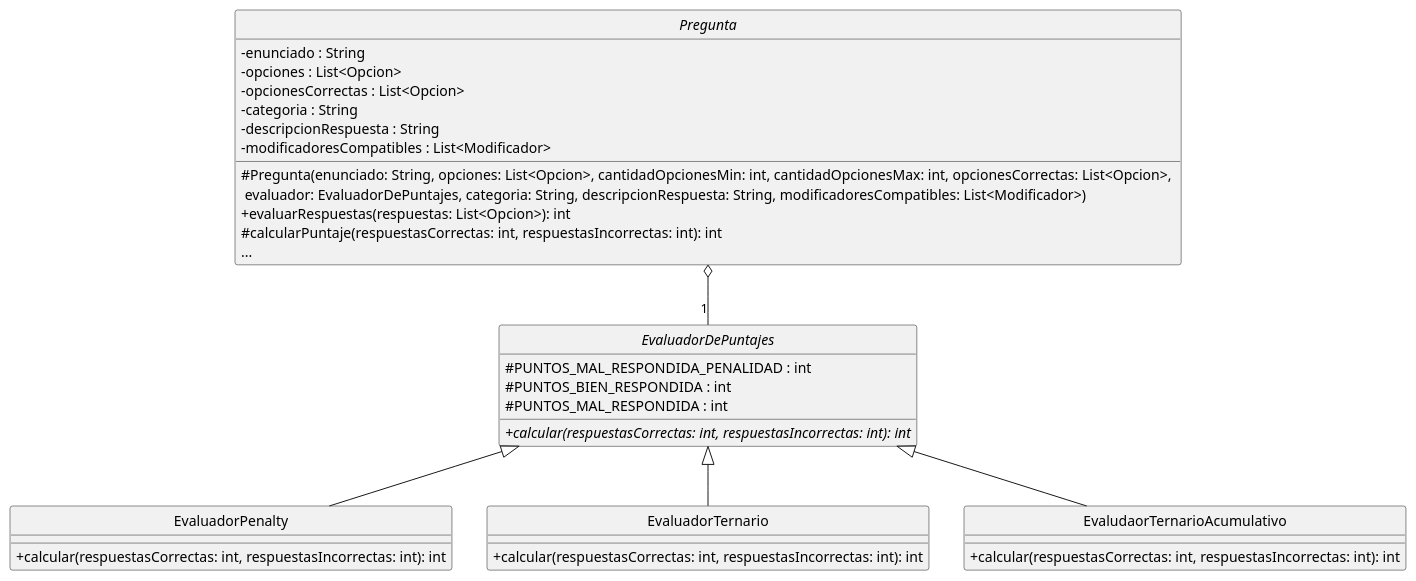
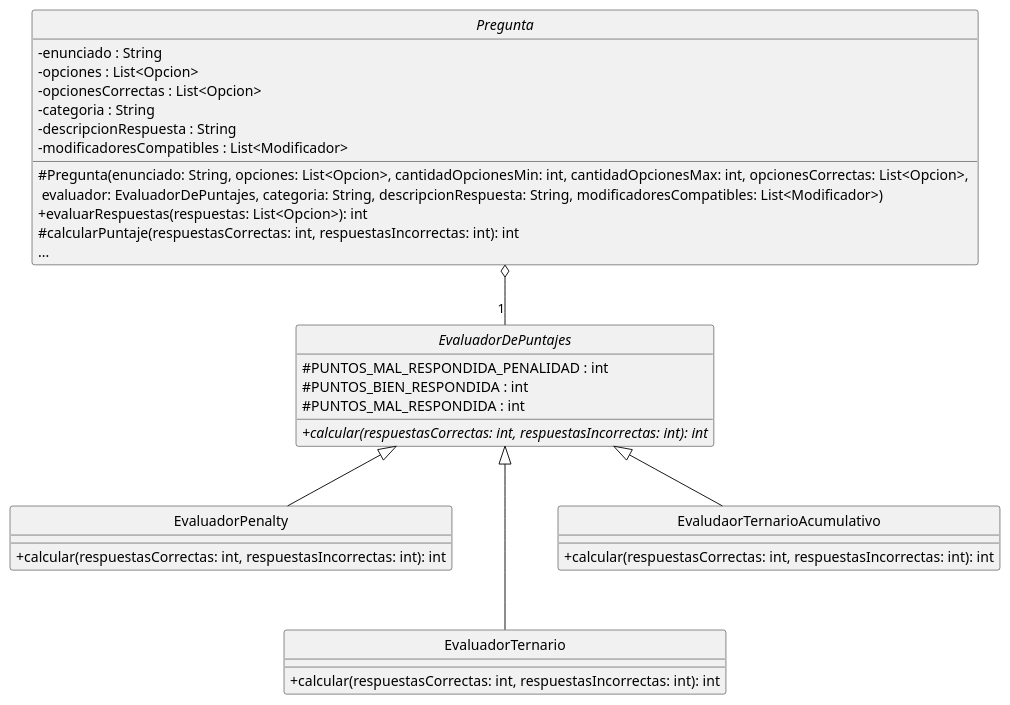
Before and after one commit to lautiland/TP2-ALGO3-ALGOHOOT: the diagram in diagrams/classes/clase_EvaluadorDePuntaje.plantuml, drawn with PlantUML. The commit also changed 8 other files, not shown here.

Commit message:
diagrams(all): rediseño formato más vertical

```diff
--- a/diagrams/classes/clase_EvaluadorDePuntaje.plantuml
+++ b/diagrams/classes/clase_EvaluadorDePuntaje.plantuml
@@ -1,44 +1,44 @@
 @startuml
 
 hide circle
 skinparam classAttributeIconSize 0
 skinparam monochrome true
 
 abstract Pregunta {
     - enunciado : String
     - opciones : List<Opcion>
     - opcionesCorrectas : List<Opcion>
     - categoria : String
     - descripcionRespuesta : String
     - modificadoresCompatibles : List<Modificador>
     # Pregunta(enunciado: String, opciones: List<Opcion>, cantidadOpcionesMin: int, cantidadOpcionesMax: int, opcionesCorrectas: List<Opcion>, \n evaluador: EvaluadorDePuntajes, categoria: String, descripcionRespuesta: String, modificadoresCompatibles: List<Modificador>)
     + evaluarRespuestas(respuestas: List<Opcion>): int
     # calcularPuntaje(respuestasCorrectas: int, respuestasIncorrectas: int): int
     {method} ...
 }
 
 abstract EvaluadorDePuntajes{
     # PUNTOS_MAL_RESPONDIDA_PENALIDAD : int
     # PUNTOS_BIEN_RESPONDIDA : int
     # PUNTOS_MAL_RESPONDIDA : int
     + {abstract} calcular(respuestasCorrectas: int, respuestasIncorrectas: int): int
 }
 
 class EvaluadorPenalty{
     + calcular(respuestasCorrectas: int, respuestasIncorrectas: int): int
 }
 
 class EvaluadorTernario{
    + calcular(respuestasCorrectas: int, respuestasIncorrectas: int): int
 }
 
 class EvaludaorTernarioAcumulativo{
    + calcular(respuestasCorrectas: int, respuestasIncorrectas: int): int
 }
 
 Pregunta o-- "1" EvaluadorDePuntajes
 EvaluadorPenalty -up-|> EvaluadorDePuntajes
-EvaluadorTernario -up-|> EvaluadorDePuntajes
+EvaluadorTernario --up-|> EvaluadorDePuntajes
 EvaludaorTernarioAcumulativo -up-|> EvaluadorDePuntajes
 
 @enduml
```
